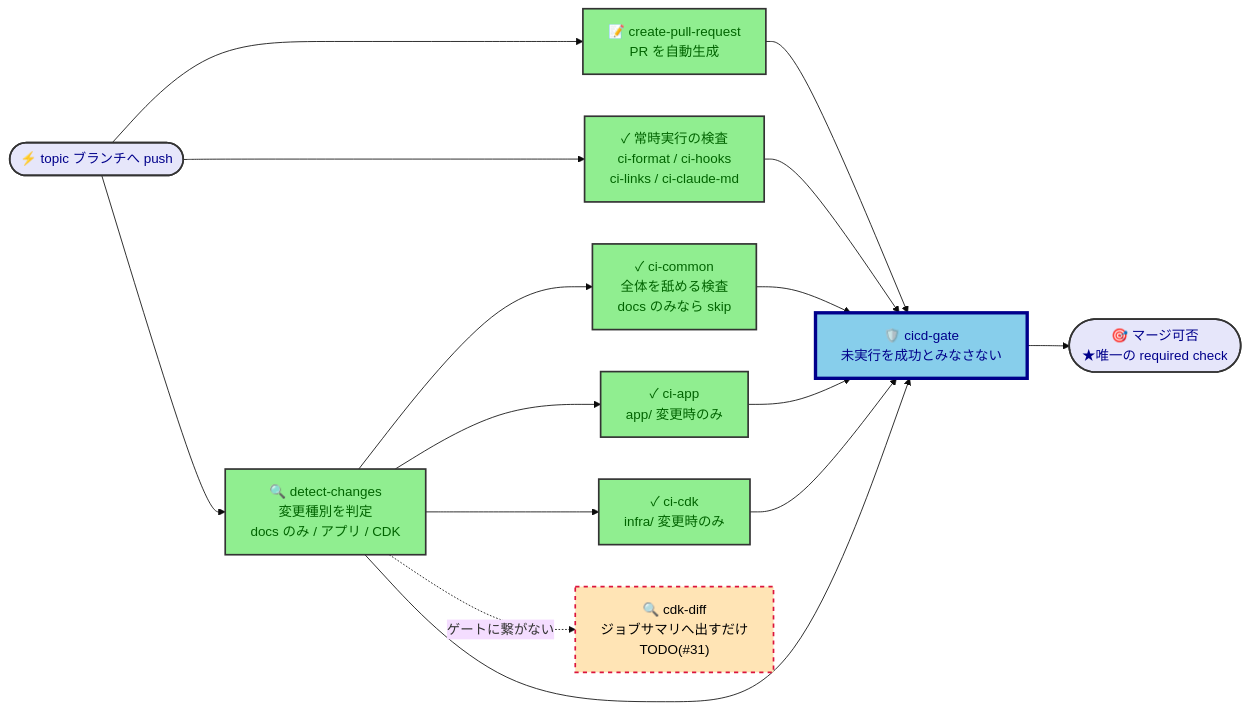
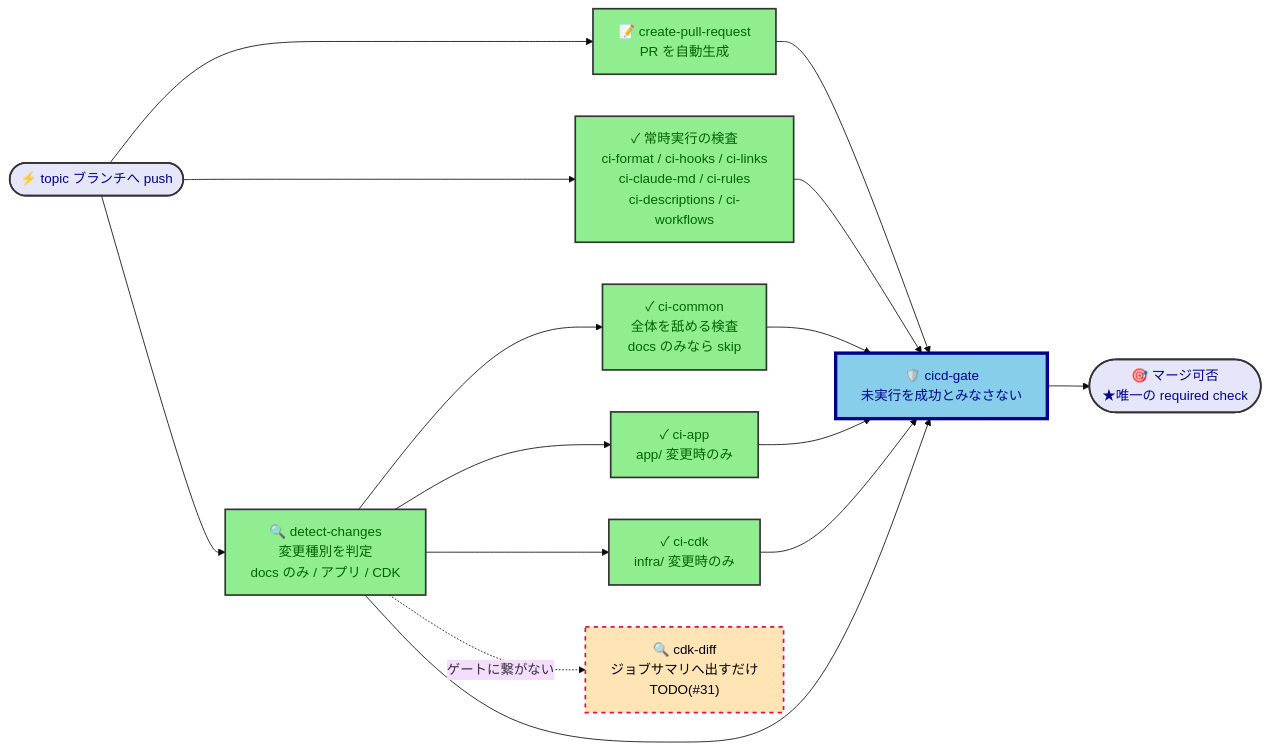
The first of 4 diagrams in samples/docs/design/cicd-design.md (kasiopeiya/claude-dev-template), drawn with Mermaid (base theme) before and after one commit. The commit also changed other lines of this file and 2 other files, not shown here.

````diff
--- a/samples/docs/design/cicd-design.md
+++ b/samples/docs/design/cicd-design.md
@@ -47,33 +47,33 @@
 ```mermaid
 flowchart LR
     Push([⚡ topic ブランチへ push])
     PR["📝 create-pull-request<br/>PR を自動生成"]
     Detect["🔍 detect-changes<br/>変更種別を判定<br/>docs のみ / アプリ / CDK"]
-    Always["✓ 常時実行の検査<br/>ci-format / ci-hooks<br/>ci-links / ci-claude-md"]
+    Always["✓ 常時実行の検査<br/>ci-format / ci-hooks / ci-links<br/>ci-claude-md / ci-rules<br/>ci-descriptions / ci-workflows"]
     Common["✓ ci-common<br/>全体を舐める検査<br/>docs のみなら skip"]
     App["✓ ci-app<br/>app/ 変更時のみ"]
     Cdk["✓ ci-cdk<br/>infra/ 変更時のみ"]
     Diff["🔍 cdk-diff<br/>ジョブサマリへ出すだけ<br/>TODO(#31)"]
     Gate["🛡️ cicd-gate<br/>未実行を成功とみなさない"]
     Merge([🎯 マージ可否<br/>★唯一の required check])
 
     Push --> PR --> Gate
     Push --> Always --> Gate
     Push --> Detect
     Detect --> Common --> Gate
     Detect --> App --> Gate
     Detect --> Cdk --> Gate
     Detect --> Gate
     Detect -. ゲートに繋がない .-> Diff
     Gate --> Merge
 
     classDef startEnd fill:#E6E6FA,stroke:#333,stroke-width:2px,color:darkblue
     classDef process fill:#90EE90,stroke:#333,stroke-width:2px,color:darkgreen
     classDef gate fill:#87CEEB,stroke:#00008B,stroke-width:4px,color:darkblue
     classDef hollow fill:#FFE4B5,stroke:#DC143C,stroke-width:2px,stroke-dasharray: 5 5,color:black
 
     class Push,Merge startEnd
     class PR,Detect,Always,Common,App,Cdk process
     class Diff hollow
     class Gate gate
 ```
````
